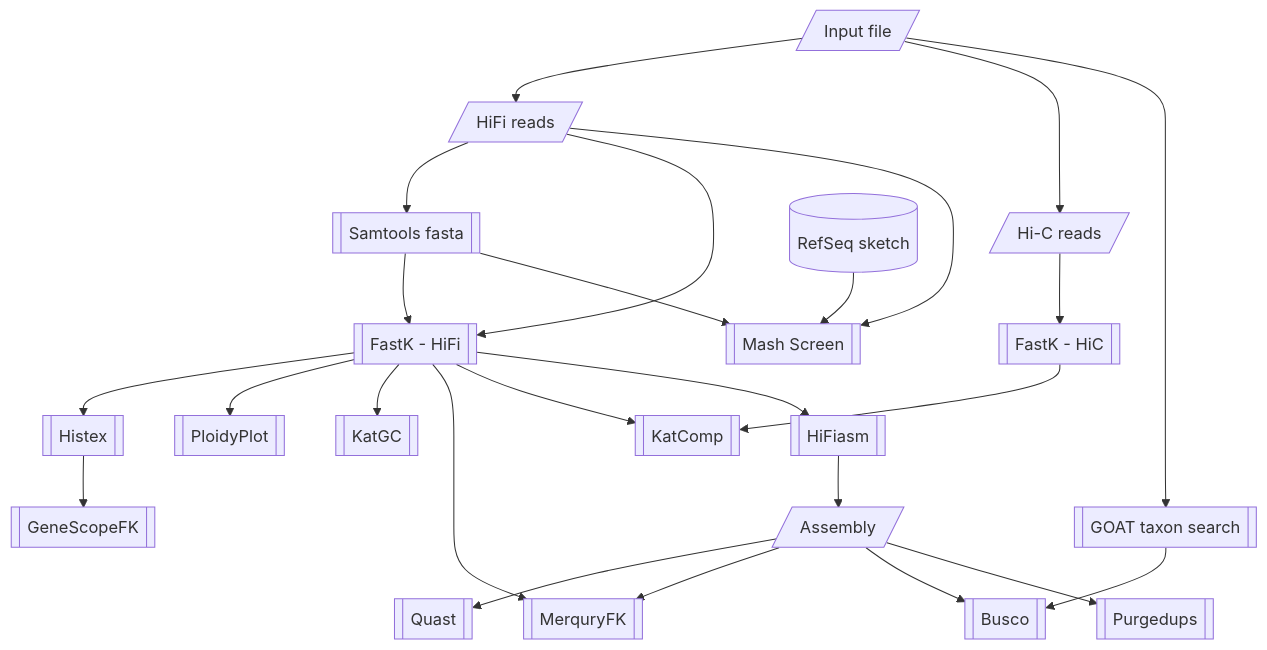
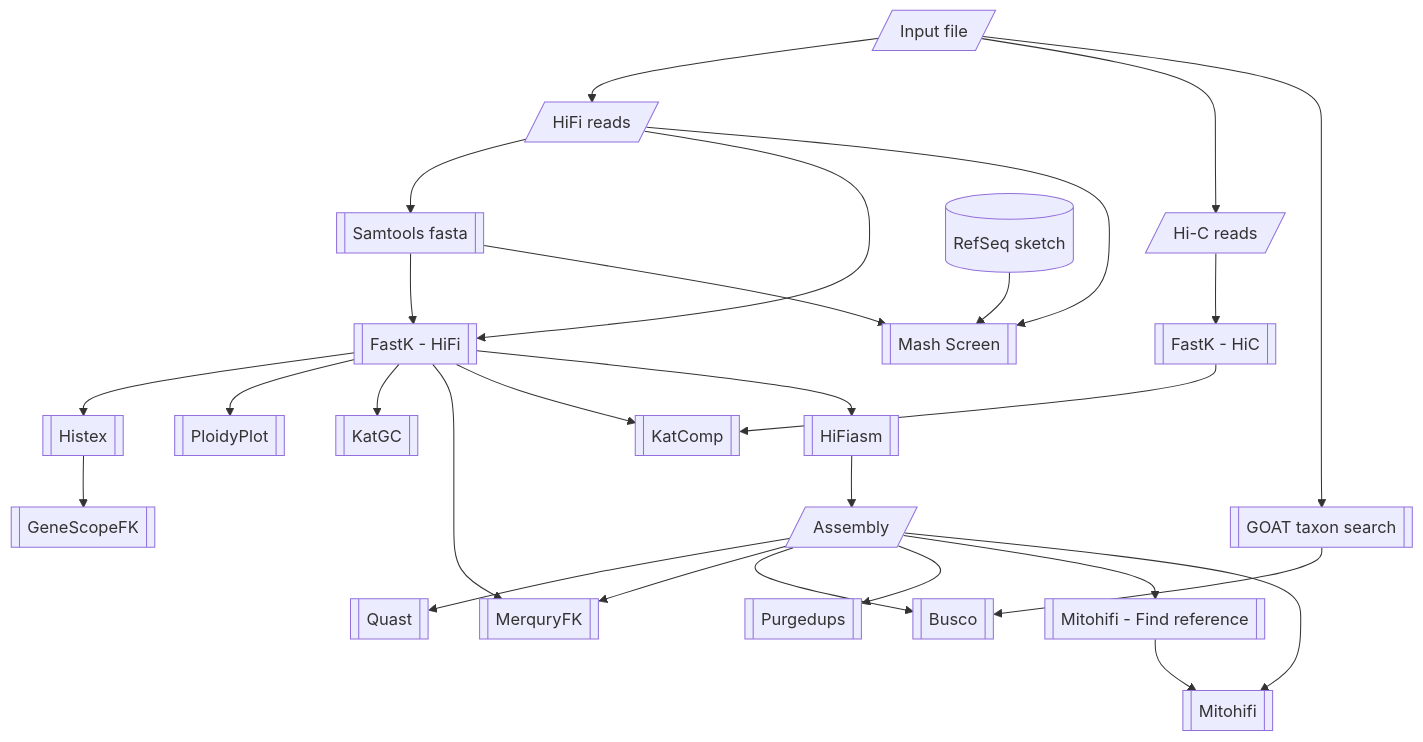
Before and after one commit to NBISweden/Earth-Biogenome-Project-pilot: the second of 2 diagrams in README.md, drawn with Mermaid.

Commit message:
Add mitohifi to implementation diagram

````diff
--- a/README.md
+++ b/README.md
@@ -23,27 +23,30 @@
 ```mermaid
 flowchart TD
     input[/ Input file/] --> hifi
     input --> hic
     input --> goat_taxon[[ GOAT taxon search ]]
     goat_taxon --> busco
     hifi --> samtools_fa[[ Samtools fasta ]]
     samtools_fa --> fastk_hifi
     samtools_fa --> mash_screen
     hifi[/ HiFi reads /] --> fastk_hifi[[ FastK - HiFi ]]
     hic[/ Hi-C reads /] --> fastk_hic[[ FastK - HiC ]]
     assembly[/ Assembly /] --> quast[[ Quast ]]
     fastk_hifi --> histex[[ Histex ]]
     histex --> genescopefk[[ GeneScopeFK ]]
     fastk_hifi --> ploidyplot[[ PloidyPlot ]]
     fastk_hifi --> katgc[[ KatGC ]]
     fastk_hifi --> merquryfk[[ MerquryFK ]]
     assembly --> merquryfk
     fastk_hifi --> katcomp[[ KatComp ]]
     fastk_hic --> katcomp
     assembly --> busco[[ Busco ]]
     refseq_sketch[( RefSeq sketch )] --> mash_screen[[ Mash Screen ]]
     hifi --> mash_screen
     fastk_hifi --> hifiasm[[ HiFiasm ]]
     hifiasm --> assembly
     assembly --> purgedups[[ Purgedups ]]
+    assembly --> mitoref[[ Mitohifi - Find reference ]]
+    assembly --> mitohifi[[ Mitohifi ]]
+    mitoref --> mitohifi
 ```
````
